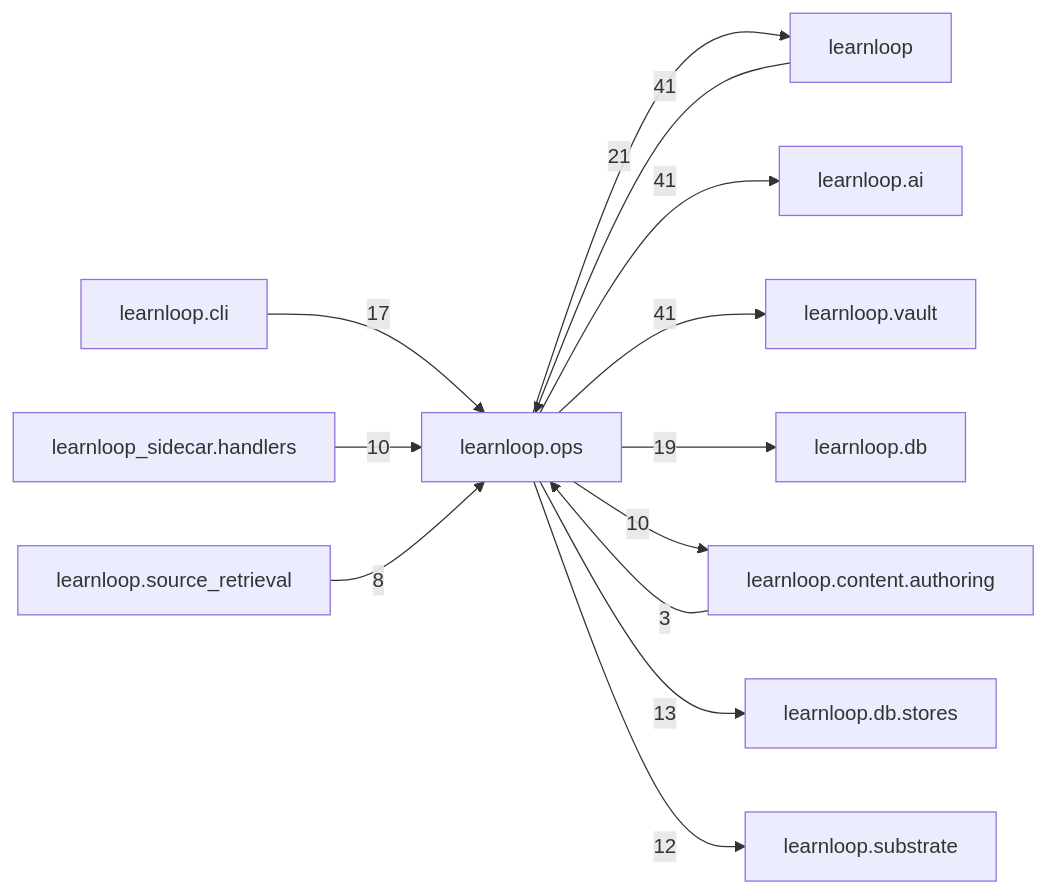
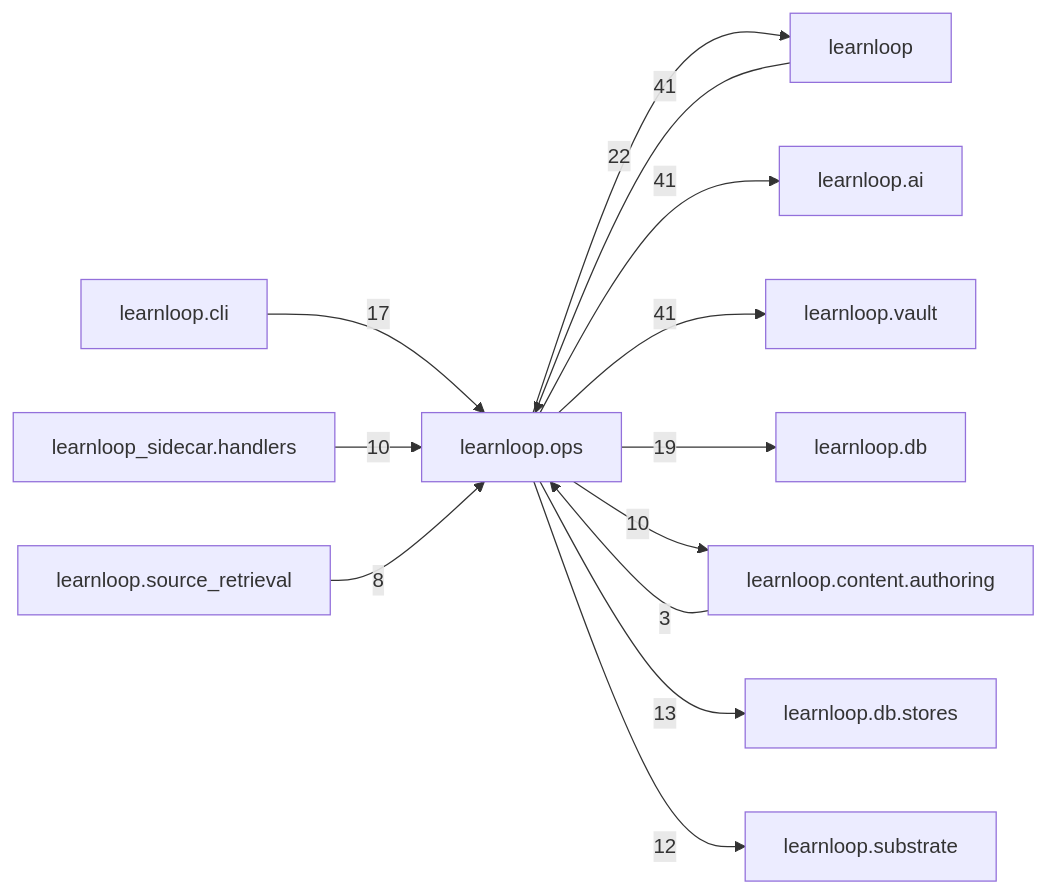
One commit to 6up-b/learnanything changed the diagram in docs/learnloop-architecture-vault/Reference/Modules/learnloop/ops/_package.md. Above: the diagram before and after it, drawn with Mermaid. The commit also changed other lines of this file and 9 other files, not shown here.

````diff
--- a/docs/learnloop-architecture-vault/Reference/Modules/learnloop/ops/_package.md
+++ b/docs/learnloop-architecture-vault/Reference/Modules/learnloop/ops/_package.md
@@ -151,26 +151,26 @@
 ```mermaid
 flowchart LR
     center["learnloop.ops"]
     n_learnloop["learnloop"]
     n_learnloop_ai["learnloop.ai"]
     n_learnloop_vault["learnloop.vault"]
     n_learnloop_db["learnloop.db"]
     n_learnloop_cli["learnloop.cli"]
     n_learnloop_content_authoring["learnloop.content.authoring"]
     n_learnloop_db_stores["learnloop.db.stores"]
     n_learnloop_substrate["learnloop.substrate"]
     n_learnloop_sidecar_handlers["learnloop_sidecar.handlers"]
     n_learnloop_source_retrieval["learnloop.source_retrieval"]
     n_learnloop -->|41| center
-    center -->|21| n_learnloop
+    center -->|22| n_learnloop
     center -->|41| n_learnloop_ai
     center -->|41| n_learnloop_vault
     center -->|19| n_learnloop_db
     n_learnloop_cli -->|17| center
     n_learnloop_content_authoring -->|3| center
     center -->|10| n_learnloop_content_authoring
     center -->|13| n_learnloop_db_stores
     center -->|12| n_learnloop_substrate
     n_learnloop_sidecar_handlers -->|10| center
     n_learnloop_source_retrieval -->|8| center
 ```
````
